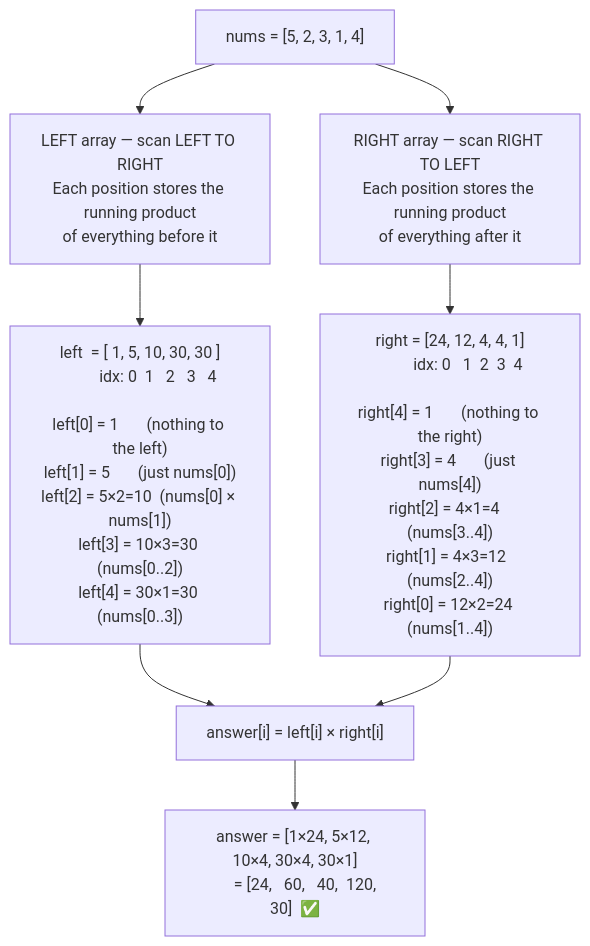
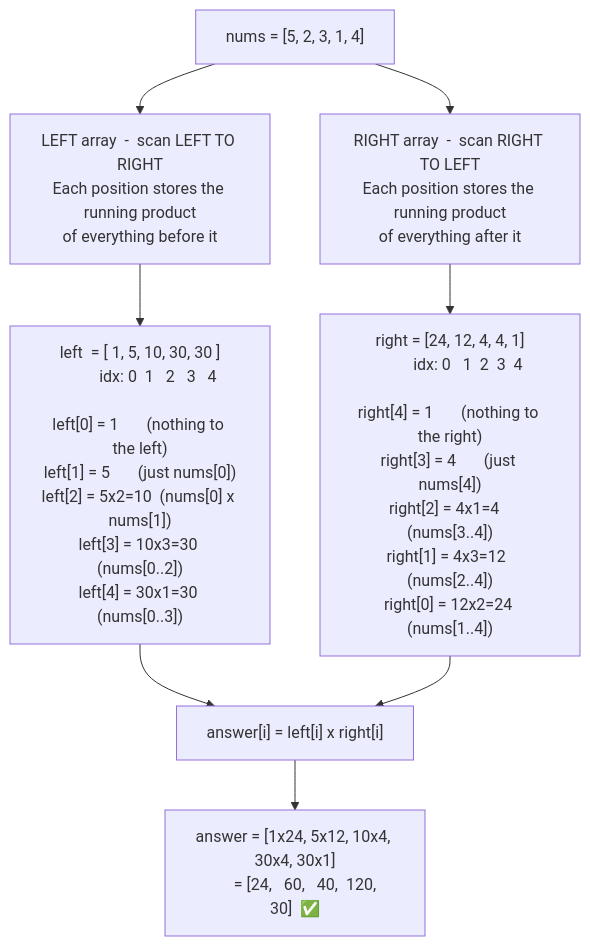
The tenth of 15 diagrams in 8 - Product of Array Except Self/README.md (M-F-Tushar/LeetCode-Problem-Solving), drawn with Mermaid before and after one commit. The commit also changed other lines of this file, not shown here.

````diff
--- a/8 - Product of Array Except Self/README.md
+++ b/8 - Product of Array Except Self/README.md
@@ -245,14 +362,14 @@
 ```mermaid
 flowchart TD
     A["nums = [5, 2, 3, 1, 4]"]
 
-    A --> L["LEFT array — scan LEFT TO RIGHT\nEach position stores the running product\nof everything before it"]
-    L --> LV["left  = [ 1, 5, 10, 30, 30 ]\n         idx: 0  1   2   3   4\n\nleft[0] = 1       (nothing to the left)\nleft[1] = 5       (just nums[0])\nleft[2] = 5×2=10  (nums[0] × nums[1])\nleft[3] = 10×3=30 (nums[0..2])\nleft[4] = 30×1=30 (nums[0..3])"]
+    A --> L["LEFT array  -  scan LEFT TO RIGHT\nEach position stores the running product\nof everything before it"]
+    L --> LV["left  = [ 1, 5, 10, 30, 30 ]\n         idx: 0  1   2   3   4\n\nleft[0] = 1       (nothing to the left)\nleft[1] = 5       (just nums[0])\nleft[2] = 5x2=10  (nums[0] x nums[1])\nleft[3] = 10x3=30 (nums[0..2])\nleft[4] = 30x1=30 (nums[0..3])"]
 
-    A --> R["RIGHT array — scan RIGHT TO LEFT\nEach position stores the running product\nof everything after it"]
-    R --> RV["right = [24, 12, 4, 4, 1]\n         idx: 0   1  2  3  4\n\nright[4] = 1       (nothing to the right)\nright[3] = 4       (just nums[4])\nright[2] = 4×1=4   (nums[3..4])\nright[1] = 4×3=12  (nums[2..4])\nright[0] = 12×2=24 (nums[1..4])"]
+    A --> R["RIGHT array  -  scan RIGHT TO LEFT\nEach position stores the running product\nof everything after it"]
+    R --> RV["right = [24, 12, 4, 4, 1]\n         idx: 0   1  2  3  4\n\nright[4] = 1       (nothing to the right)\nright[3] = 4       (just nums[4])\nright[2] = 4x1=4   (nums[3..4])\nright[1] = 4x3=12  (nums[2..4])\nright[0] = 12x2=24 (nums[1..4])"]
 
-    LV --> M["answer[i] = left[i] × right[i]"]
+    LV --> M["answer[i] = left[i] x right[i]"]
     RV --> M
-    M --> MV["answer = [1×24, 5×12, 10×4, 30×4, 30×1]\n        = [24,   60,   40,  120,   30]  ✅"]
+    M --> MV["answer = [1x24, 5x12, 10x4, 30x4, 30x1]\n        = [24,   60,   40,  120,   30]  ✅"]
 ```
````
